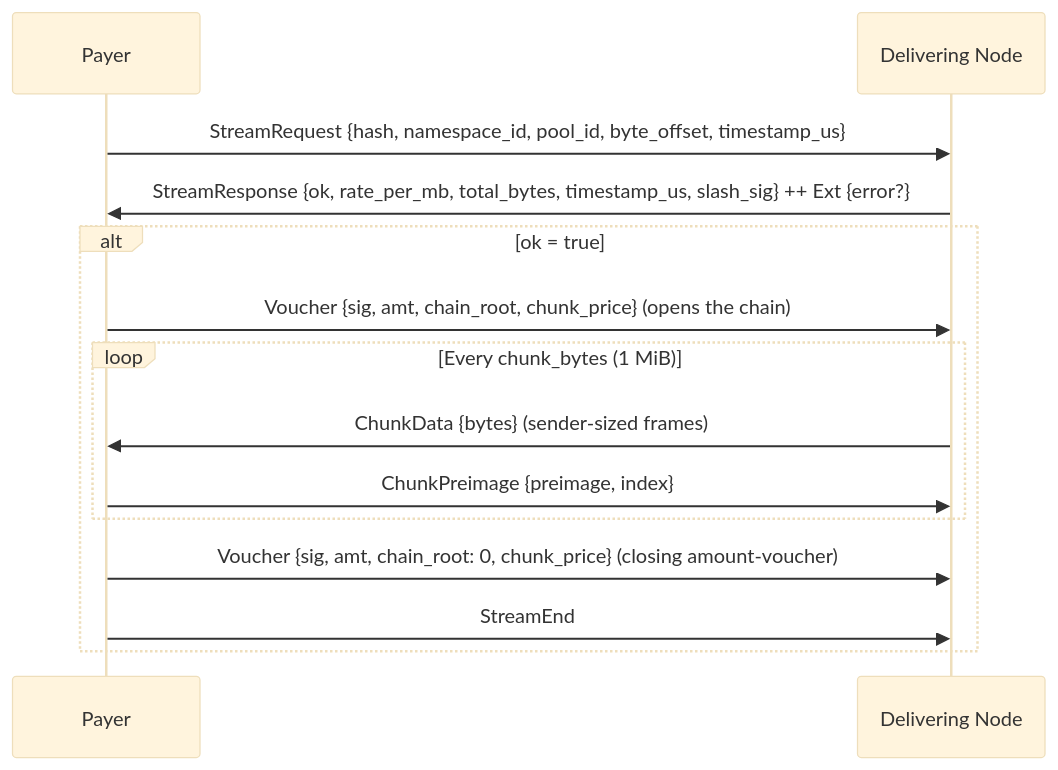
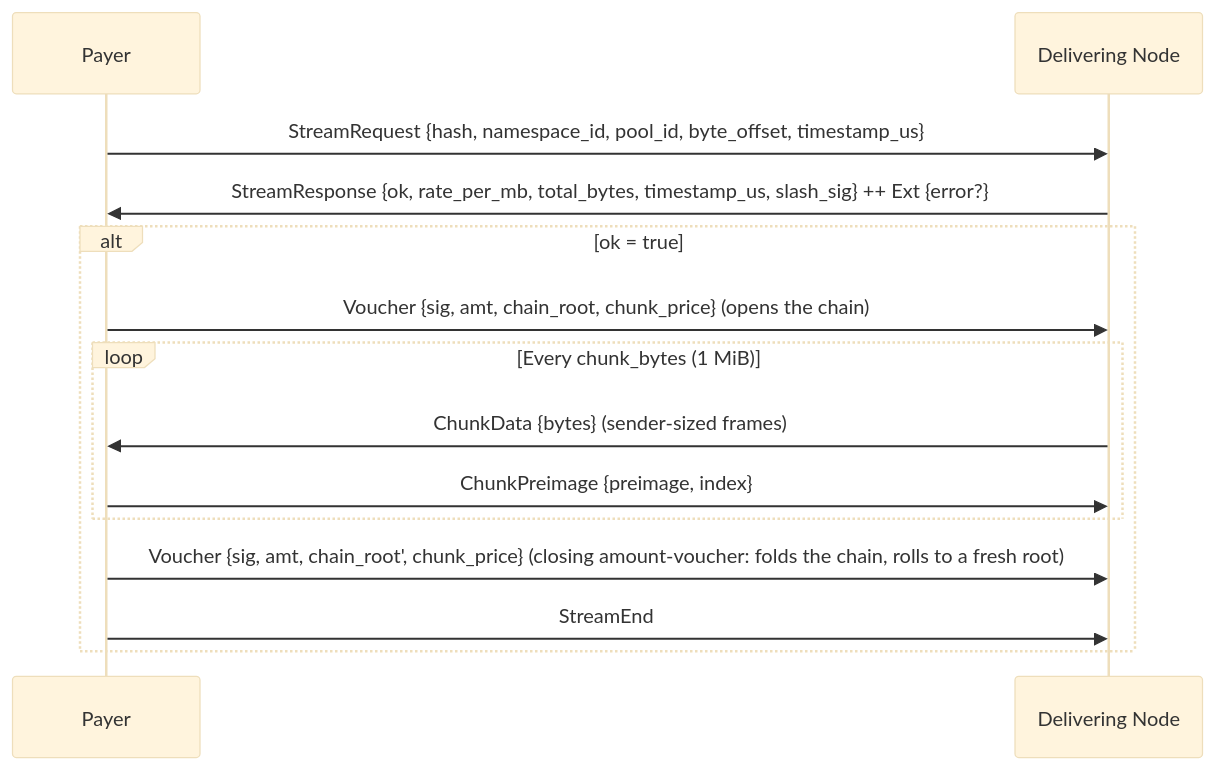
The second of 3 diagrams in adr/005-protocol.md (decdn/decdn), drawn with Mermaid (base theme) before and after one commit. The commit also changed other lines of this file and 12 other files, not shown here.

````diff
--- a/adr/005-protocol.md
+++ b/adr/005-protocol.md
@@ -100,18 +100,18 @@
 ```mermaid
 sequenceDiagram
     participant P as Payer
     participant D as Delivering Node
 
     P->>D: StreamRequest {hash, namespace_id, pool_id, byte_offset, timestamp_us}
     D->>P: StreamResponse {ok, rate_per_mb, total_bytes, timestamp_us, slash_sig} ++ Ext {error?}
 
     alt ok = true
         P->>D: Voucher {sig, amt, chain_root, chunk_price} (opens the chain)
         loop Every chunk_bytes (1 MiB)
             D->>P: ChunkData {bytes} (sender-sized frames)
             P->>D: ChunkPreimage {preimage, index}
         end
-        P->>D: Voucher {sig, amt, chain_root: 0, chunk_price} (closing amount-voucher)
+        P->>D: Voucher {sig, amt, chain_root', chunk_price} (closing amount-voucher: folds the chain, rolls to a fresh root)
         P->>D: StreamEnd
     end
 ```
````
